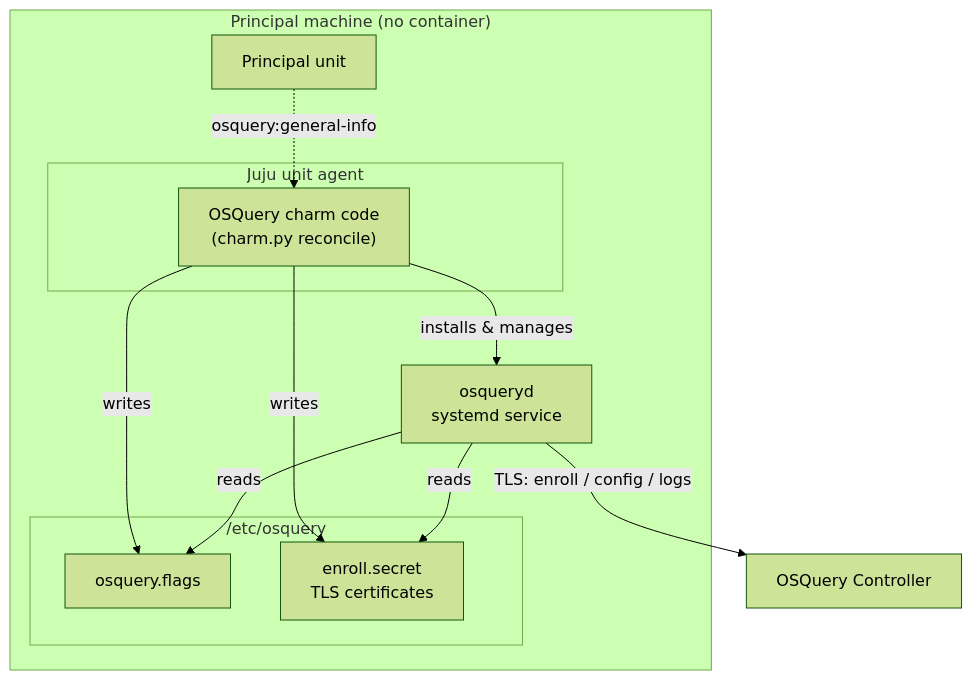
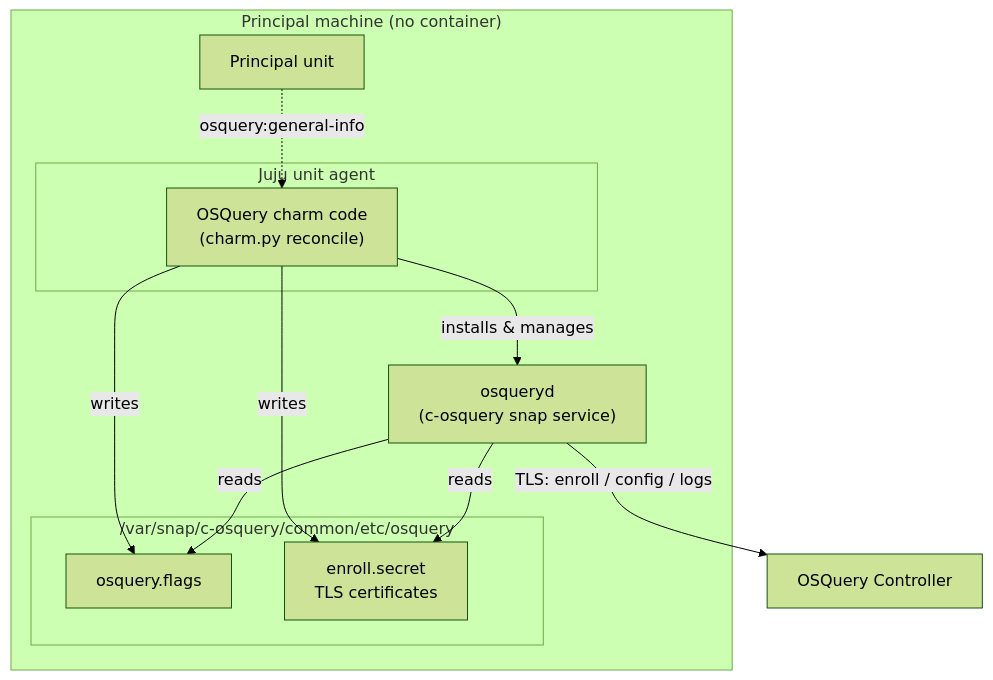
One commit to canonical/osquery-operator changed the first of 2 diagrams in docs/reference/charm-architecture.rst. Above: the diagram before and after it, drawn with Mermaid (forest theme). The commit also changed other lines of this file and 25 other files, not shown here.

```diff
--- a/docs/reference/charm-architecture.rst
+++ b/docs/reference/charm-architecture.rst
@@ -26,22 +26,22 @@
 .. mermaid::
 
     flowchart TB
         subgraph machine["Principal machine (no container)"]
             principal["Principal unit"]
             subgraph agent["Juju unit agent"]
                 charm["OSQuery charm code<br/>(charm.py reconcile)"]
             end
-            osqueryd["osqueryd<br/>systemd service"]
-            subgraph files["/etc/osquery"]
+            osqueryd["osqueryd<br/>(c-osquery snap service)"]
+            subgraph files["/var/snap/c-osquery/common/etc/osquery"]
                 flagfile["osquery.flags"]
                 secrets["enroll.secret<br/>TLS certificates"]
             end
             principal -.->|osquery:general-info| charm
             charm -->|installs & manages| osqueryd
             charm -->|writes| flagfile
             charm -->|writes| secrets
             osqueryd -->|reads| flagfile
             osqueryd -->|reads| secrets
         end
         controller["OSQuery Controller"]
         osqueryd -->|TLS: enroll / config / logs| controller
```
